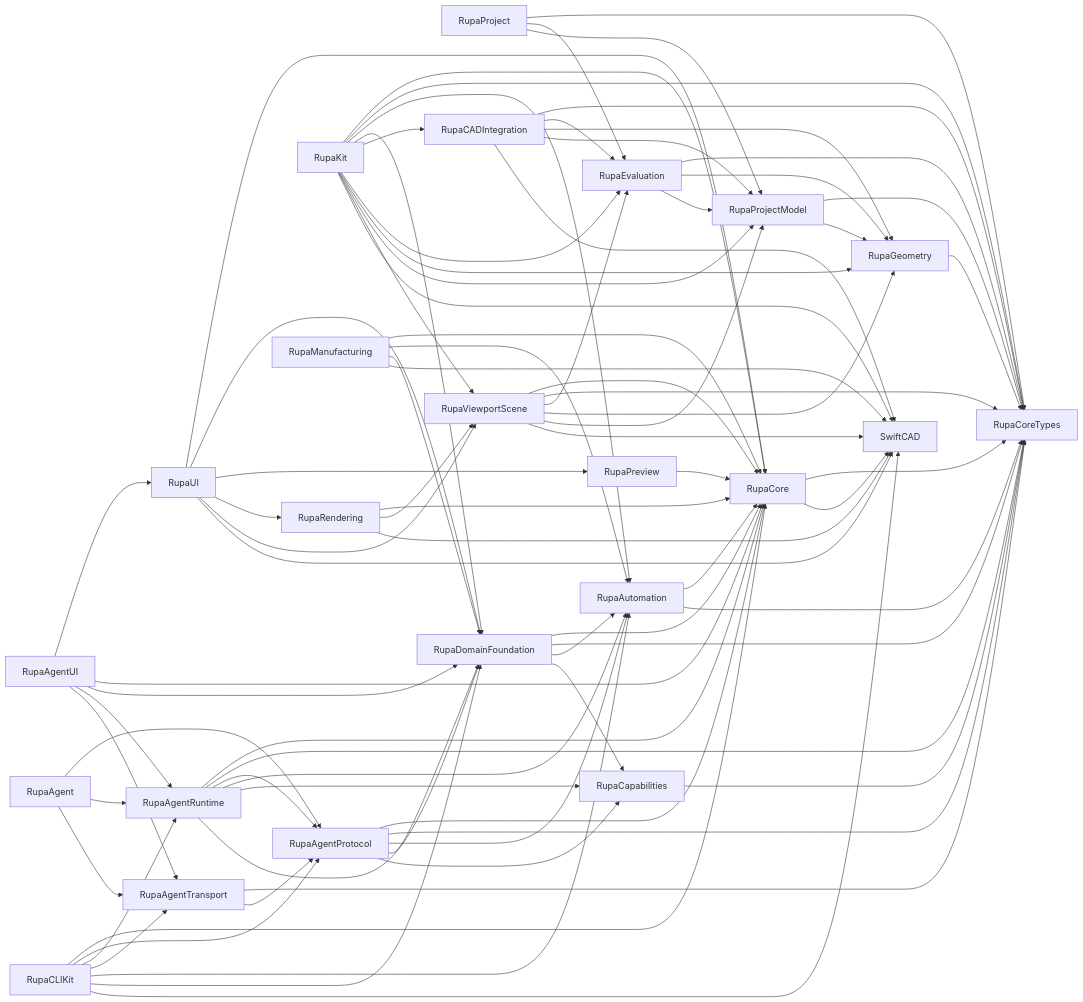
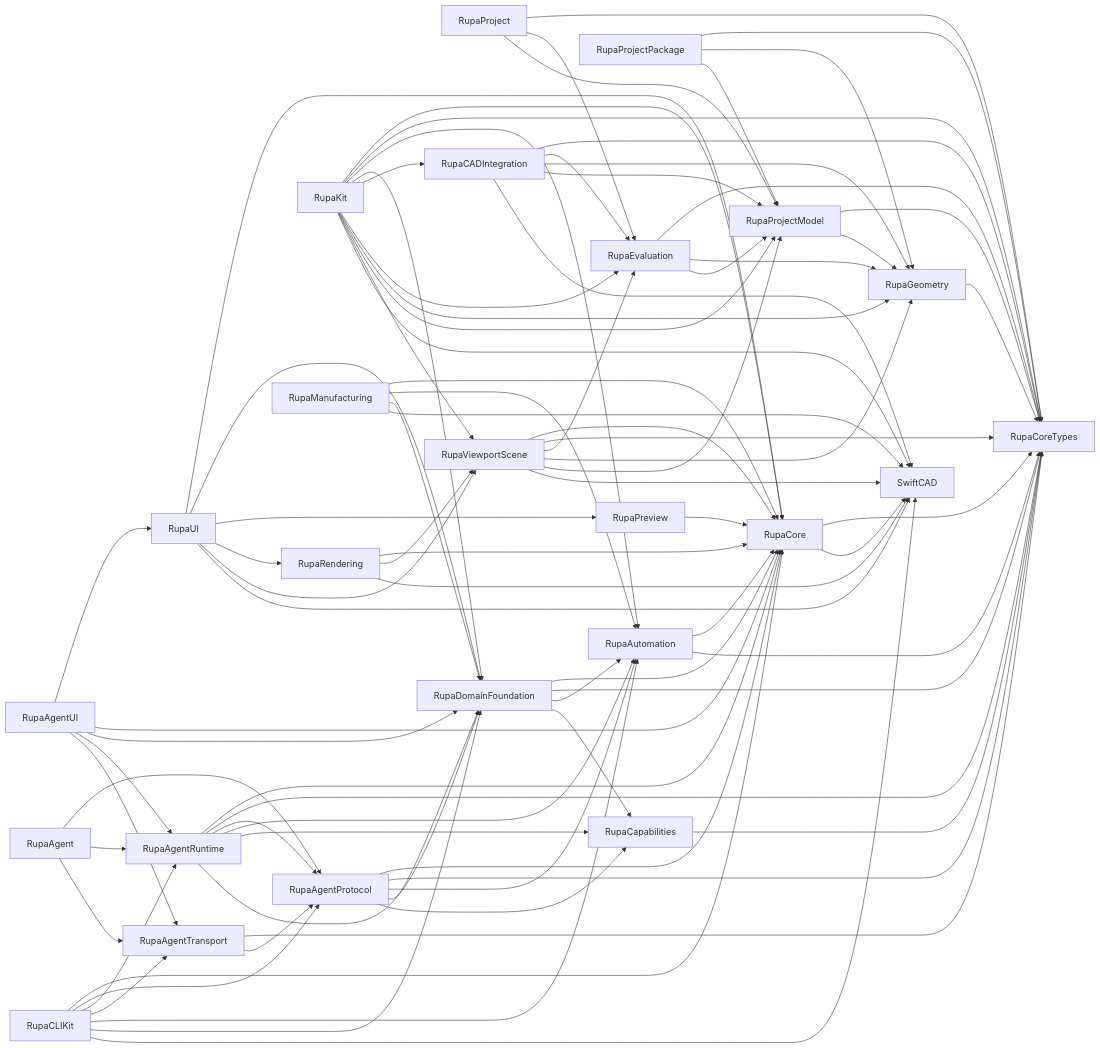
The first of 2 diagrams in RupaKit/ARCHITECTURE.md (1amageek/Rupa), drawn with Mermaid before and after one commit. The commit also changed other lines of this file and 22 other files, not shown here.

Commit message:
Define project source package contracts

```diff
--- a/RupaKit/ARCHITECTURE.md
+++ b/RupaKit/ARCHITECTURE.md
@@ -19,6 +19,9 @@
     Geometry[RupaGeometry] --> CoreTypes
     ProjectModel[RupaProjectModel] --> CoreTypes
     ProjectModel --> Geometry
+    ProjectPackage[RupaProjectPackage] --> CoreTypes
+    ProjectPackage --> Geometry
+    ProjectPackage --> ProjectModel
     Evaluation[RupaEvaluation] --> CoreTypes
     Evaluation --> Geometry
     Evaluation --> ProjectModel
```
